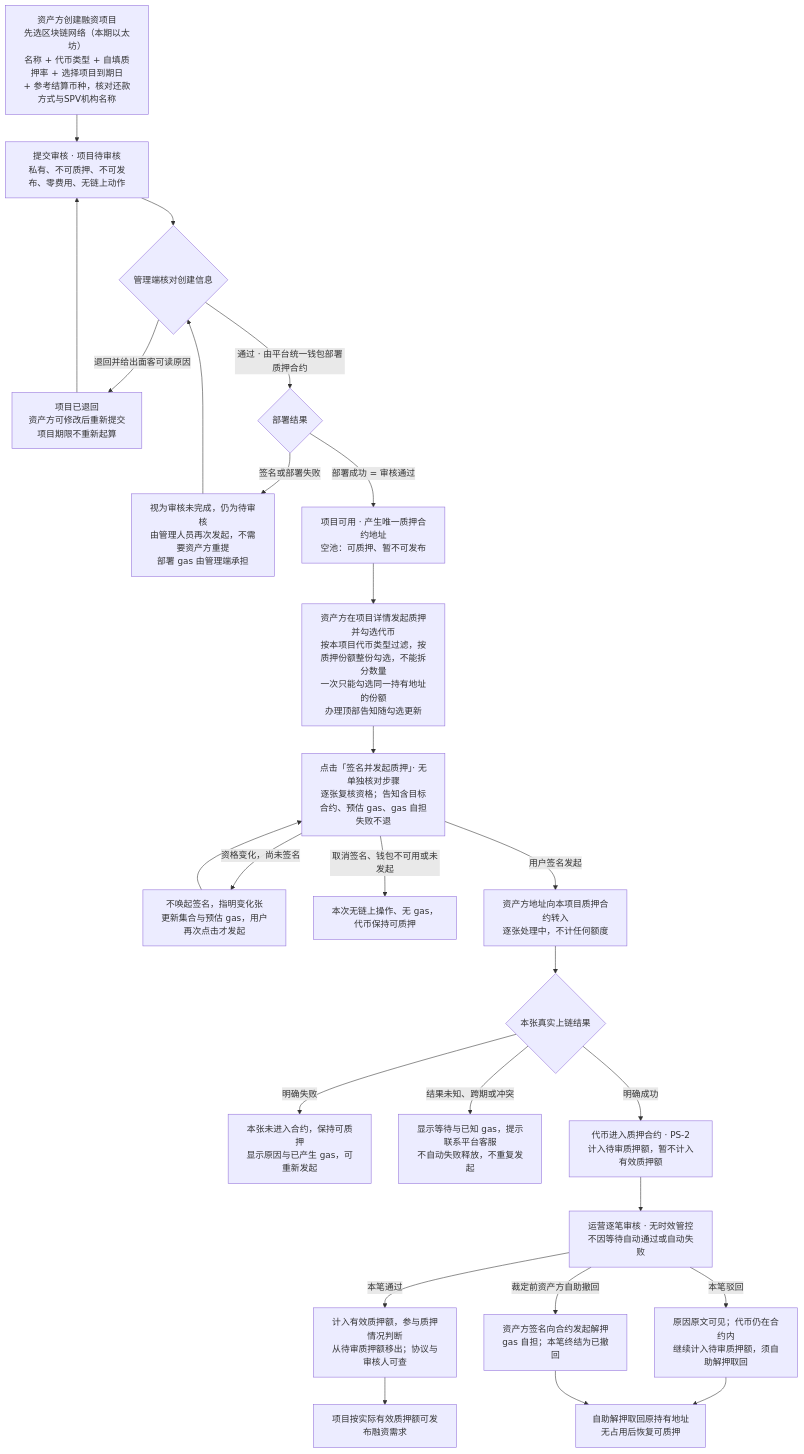
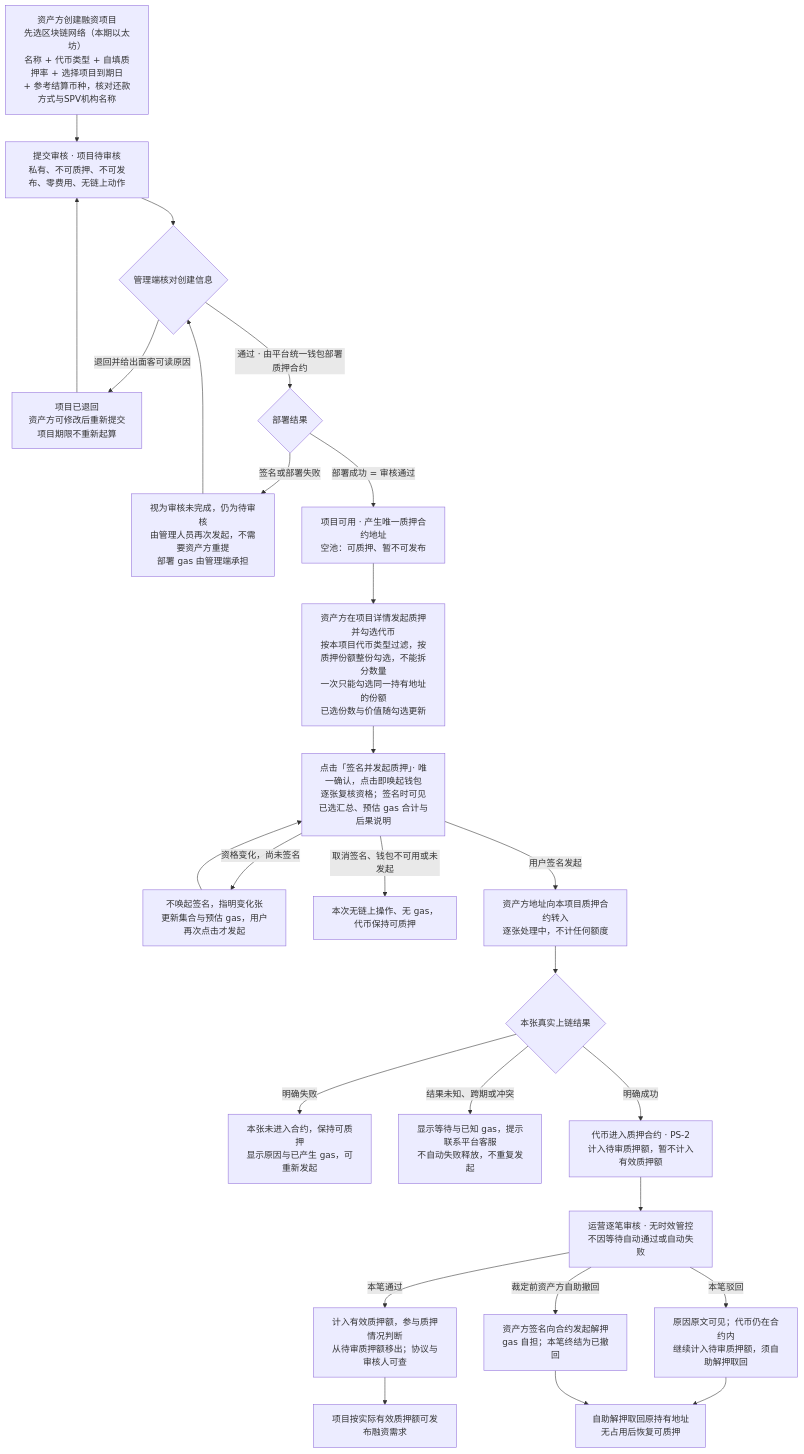
The first of 10 diagrams in lending-platform/PRD/面客端/05-借贷广场-融资需求与代币质押/02-融资需求与代币质押-流程图与状态机.md (wxblockchain/Chain-Financing), drawn with Mermaid before and after one commit. The commit also changed other lines of this file and 2 other files, not shown here.

Commit message:
docs(WS-374,WS-397): trim pledge, release and collection signing to what the user needs
The user asked to drop the signing address and shrink the statistics so token
selection is the focus.
- Always visible next to the sign action: selected shares and their value, one
  estimated gas total, and one consequence sentence.
- Shown only when they apply: ending a pending review, the withdrawable-limit
  comparison, the frequent-operation hint. The water-level reason is stated
  once.
- No longer listed in the dialog: signing address, held-quantity total, target
  contract address (it stays on the project detail; signing still targets
  only this project's contract).
- The sign action remains the only confirmation. One page or a select/sign
  split is a design choice; the second step only summarises and holds the
  sign action, and going back keeps the selection.
Flowchart nodes and AC-LS-97/116/132/156/166/167/181/184 follow.

````diff
--- a/lending-platform/PRD/面客端/05-借贷广场-融资需求与代币质押/02-融资需求与代币质押-流程图与状态机.md
+++ b/lending-platform/PRD/面客端/05-借贷广场-融资需求与代币质押/02-融资需求与代币质押-流程图与状态机.md
@@ -25,28 +25,28 @@
 ```mermaid
 flowchart TD
   A0["资产方创建融资项目<br/>先选区块链网络（本期以太坊）<br/>名称 + 代币类型 + 自填质押率 + 选择项目到期日<br/>+ 参考结算币种，核对还款方式与SPV机构名称"] --> A1["提交审核 · 项目待审核<br/>私有、不可质押、不可发布、零费用、无链上动作"]
   A1 --> A2{"管理端核对创建信息"}
   A2 -- "退回并给出面客可读原因" --> A3["项目已退回<br/>资产方可修改后重新提交<br/>项目期限不重新起算"]
   A3 --> A1
   A2 -- "通过 · 由平台统一钱包部署质押合约" --> A4{"部署结果"}
   A4 -- "签名或部署失败" --> A5["视为审核未完成，仍为待审核<br/>由管理人员再次发起，不需要资产方重提<br/>部署 gas 由管理端承担"]
   A5 --> A2
   A4 -- "部署成功 = 审核通过" --> A6["项目可用 · 产生唯一质押合约地址<br/>空池：可质押、暂不可发布"]
-  A6 --> A["资产方在项目详情发起质押并勾选代币<br/>按本项目代币类型过滤，按质押份额整份勾选，不能拆分数量<br/>一次只能勾选同一持有地址的份额<br/>办理顶部告知随勾选更新"]
-  A --> H["点击「签名并发起质押」· 无单独核对步骤<br/>逐张复核资格；告知含目标合约、预估 gas、gas 自担失败不退"]
+  A6 --> A["资产方在项目详情发起质押并勾选代币<br/>按本项目代币类型过滤，按质押份额整份勾选，不能拆分数量<br/>一次只能勾选同一持有地址的份额<br/>已选份数与价值随勾选更新"]
+  A --> H["点击「签名并发起质押」· 唯一确认，点击即唤起钱包<br/>逐张复核资格；签名时可见已选汇总、预估 gas 合计与后果说明"]
   H -- "资格变化，尚未签名" --> I["不唤起签名，指明变化张<br/>更新集合与预估 gas，用户再次点击才发起"]
   I --> H
   H -- "取消签名、钱包不可用或未发起" --> J["本次无链上操作、无 gas，代币保持可质押"]
   H -- "用户签名发起" --> K["资产方地址向本项目质押合约转入<br/>逐张处理中，不计任何额度"]
   K --> L{"本张真实上链结果"}
   L -- "明确失败" --> N["本张未进入合约，保持可质押<br/>显示原因与已产生 gas，可重新发起"]
   L -- "结果未知、跨期或冲突" --> O["显示等待与已知 gas，提示联系平台客服<br/>不自动失败释放，不重复发起"]
   L -- "明确成功" --> M["代币进入质押合约 · PS-2<br/>计入待审质押额，暂不计入有效质押额"]
   M --> C["运营逐笔审核 · 无时效管控<br/>不因等待自动通过或自动失败"]
   C -- "本笔通过" --> P["计入有效质押额，参与质押情况判断<br/>从待审质押额移出；协议与审核人可查"]
   C -- "本笔驳回" --> Q["原因原文可见；代币仍在合约内<br/>继续计入待审质押额，须自助解押取回"]
   C -- "裁定前资产方自助撤回" --> R["资产方签名向合约发起解押<br/>gas 自担；本笔终结为已撤回"]
   Q --> S["自助解押取回原持有地址<br/>无占用后恢复可质押"]
   R --> S
   P --> T["项目按实际有效质押额可发布融资需求"]
 ```
````
